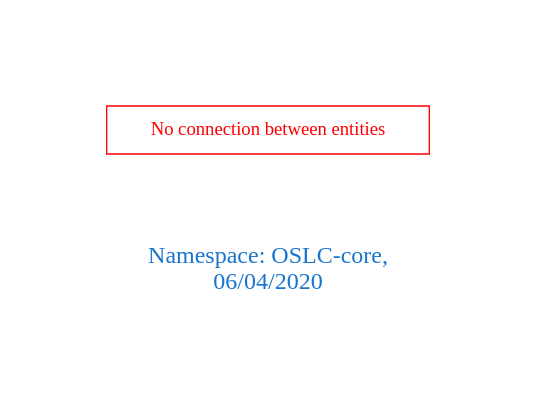
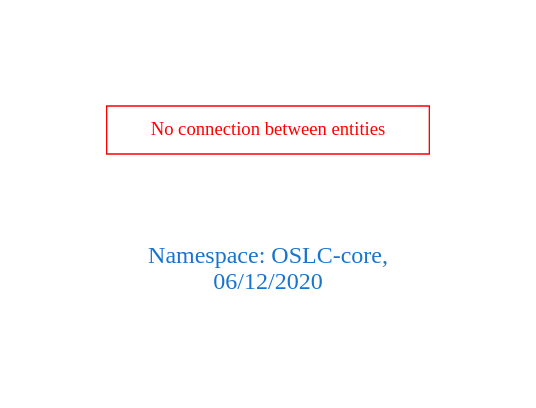
Before and after one commit to arago/OGIT: the diagram in downloads/OSLC-core.dot, drawn with Graphviz. The commit also changed 1792 other files, not shown here.

```diff
--- a/downloads/OSLC-core.dot
+++ b/downloads/OSLC-core.dot
@@ -1,9 +1,9 @@
 digraph OGIT_ontology {
  graph [ rankdir= LR,pad=1 
 fontsize = 18,
-fontcolor= dodgerblue3,label = "\n\n\nNamespace: OSLC-core, \n 06/04/2020"];
+fontcolor= dodgerblue3,label = "\n\n\nNamespace: OSLC-core, \n 06/12/2020"];
 node[shape=polygon];
 edge [  color="gray81"];
 
 "No connection between entities" [fontcolor = "red",color="red", shape="polygon"]
 }
```
